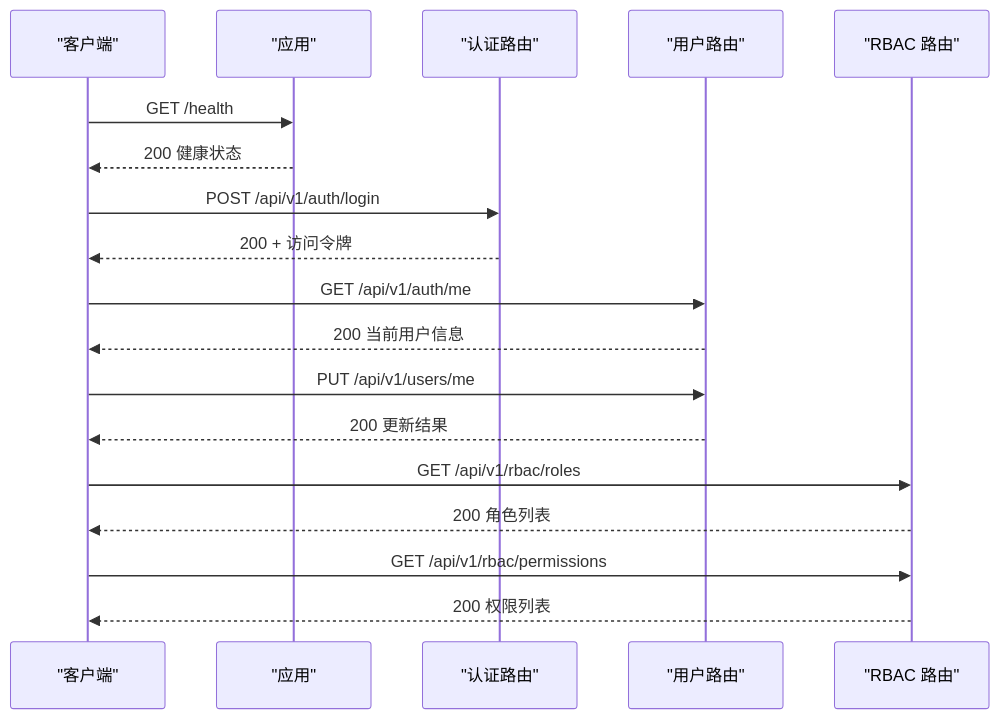
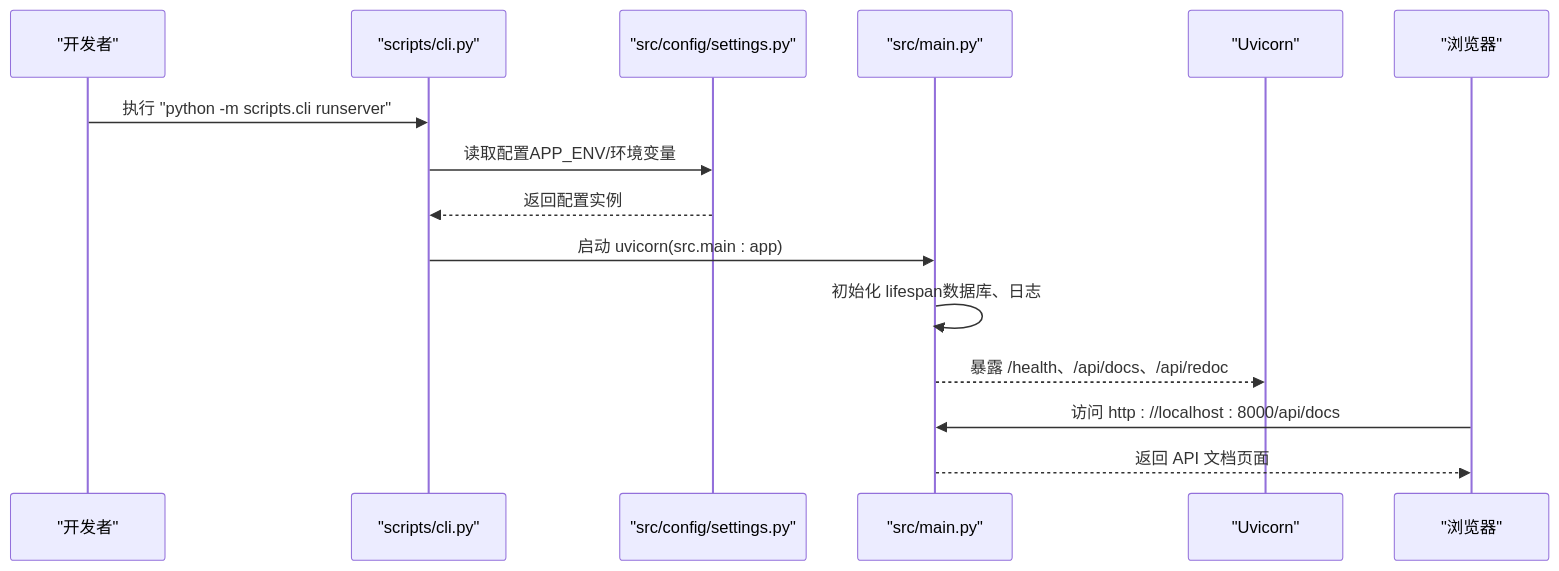
One commit to taoweidong/Hello-FastApi changed the second of 3 diagrams in .qoder/repowiki/zh/content/快速开始.md. Above: the diagram before and after it, drawn with Mermaid. The commit also changed other lines of this file and 119 other files, not shown here.

````diff
--- a/.qoder/repowiki/zh/content/快速开始.md
+++ b/.qoder/repowiki/zh/content/快速开始.md
@@ -316,20 +87,17 @@
 ```mermaid
 sequenceDiagram
-participant Client as "客户端"
-participant App as "应用"
-participant Auth as "认证路由"
-participant User as "用户路由"
-participant RBAC as "RBAC 路由"
-Client->>App : GET /health
-App-->>Client : 200 健康状态
-Client->>Auth : POST /api/v1/auth/login
-Auth-->>Client : 200 + 访问令牌
-Client->>User : GET /api/v1/auth/me
-User-->>Client : 200 当前用户信息
-Client->>User : PUT /api/v1/users/me
-User-->>Client : 200 更新结果
-Client->>RBAC : GET /api/v1/rbac/roles
-RBAC-->>Client : 200 角色列表
-Client->>RBAC : GET /api/v1/rbac/permissions
-RBAC-->>Client : 200 权限列表
+participant Dev as "开发者"
+participant CLI as "scripts/cli.py"
+participant Settings as "src/config/settings.py"
+participant App as "src/main.py"
+participant Uvicorn as "Uvicorn"
+participant Browser as "浏览器"
+Dev->>CLI : 执行 "python -m scripts.cli runserver"
+CLI->>Settings : 读取配置APP_ENV/环境变量
+Settings-->>CLI : 返回配置实例
+CLI->>App : 启动 uvicorn(src.main : app)
+App->>App : 初始化 lifespan数据库、日志
+App-->>Uvicorn : 暴露 /health、/api/docs、/api/redoc
+Browser->>App : 访问 http : //localhost : 8000/api/docs
+App-->>Browser : 返回 API 文档页面
 ```
````
